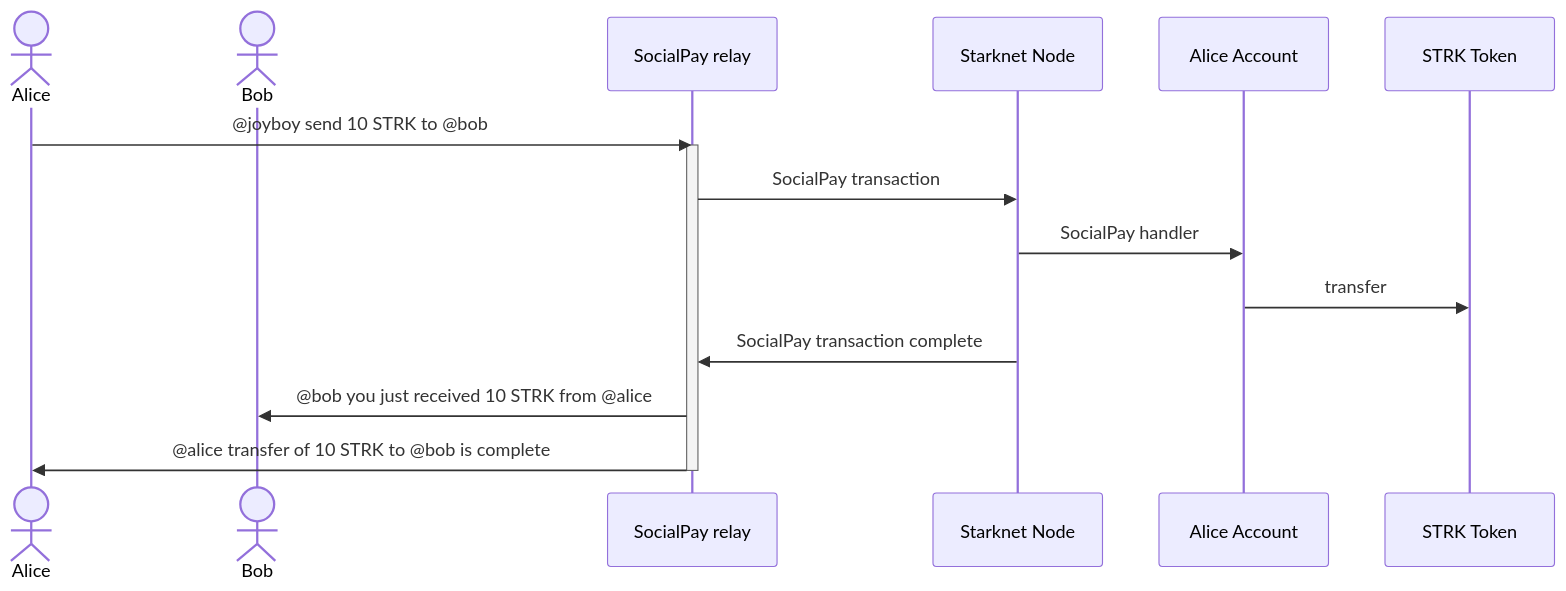
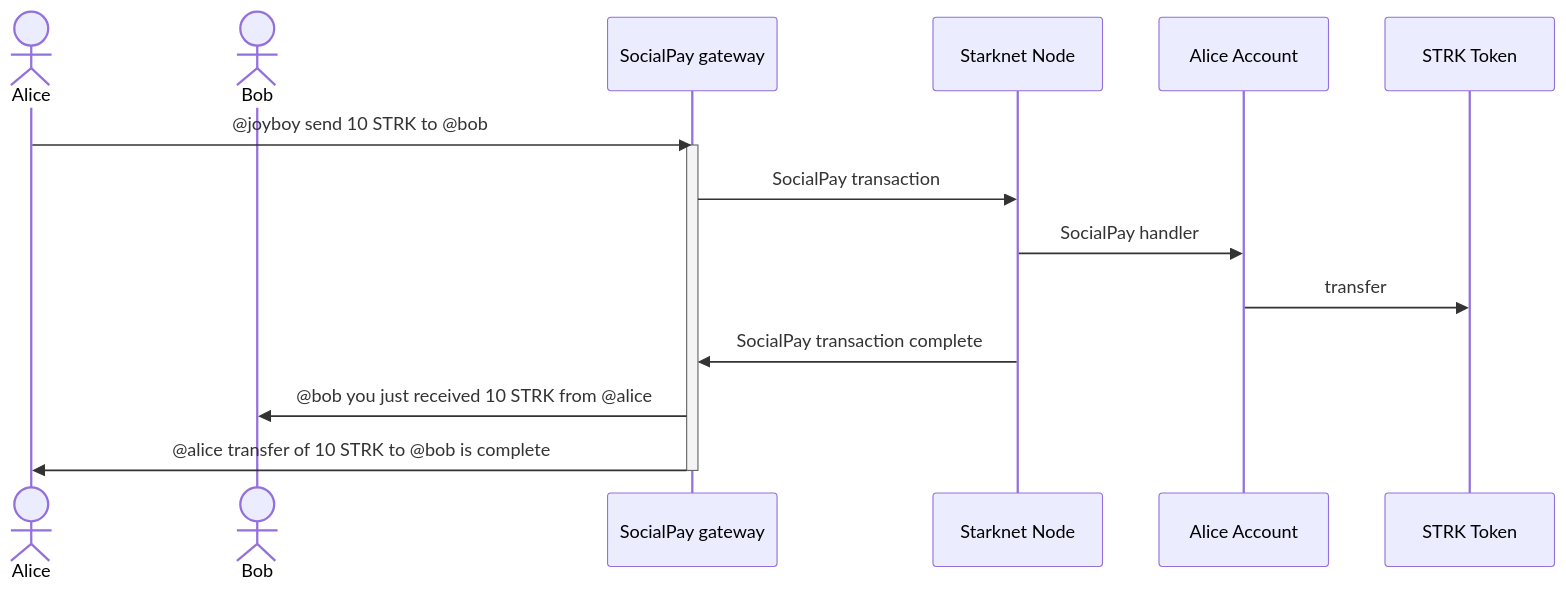
Before and after one commit to keep-starknet-strange/joyboy: the diagram in README.md, drawn with Mermaid.

Commit message:
Rename SocialPay relay to gateway (#169)

````diff
--- a/README.md
+++ b/README.md
@@ -56,19 +56,19 @@
 ```mermaid
 sequenceDiagram
     actor Alice
     actor Bob
-    participant SocialPay relay
+    participant SocialPay gateway
     participant Starknet Node
     participant Alice Account
     participant STRK Token
 
-    Alice->>SocialPay relay: @joyboy send 10 STRK to @bob
-    activate SocialPay relay
-    SocialPay relay->>Starknet Node: SocialPay transaction
+    Alice->>SocialPay gateway: @joyboy send 10 STRK to @bob
+    activate SocialPay gateway
+    SocialPay gateway->>Starknet Node: SocialPay transaction
     Starknet Node->>Alice Account: SocialPay handler
     Alice Account->>STRK Token: transfer
-    Starknet Node->>SocialPay relay: SocialPay transaction complete
-    SocialPay relay->>Bob: @bob you just received 10 STRK from @alice
-    SocialPay relay->>Alice: @alice transfer of 10 STRK to @bob is complete
-    deactivate SocialPay relay
+    Starknet Node->>SocialPay gateway: SocialPay transaction complete
+    SocialPay gateway->>Bob: @bob you just received 10 STRK from @alice
+    SocialPay gateway->>Alice: @alice transfer of 10 STRK to @bob is complete
+    deactivate SocialPay gateway
 ```
````
